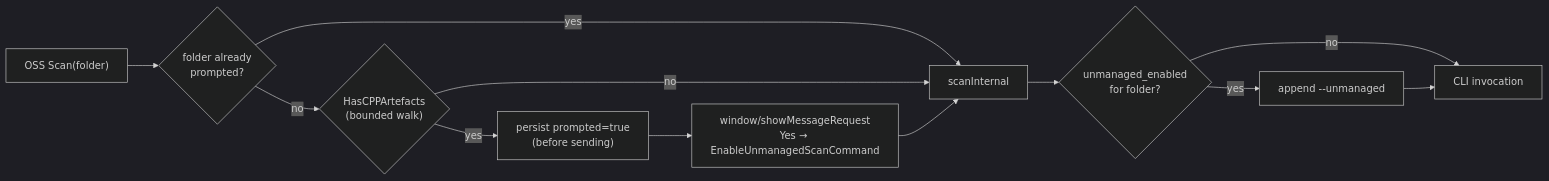
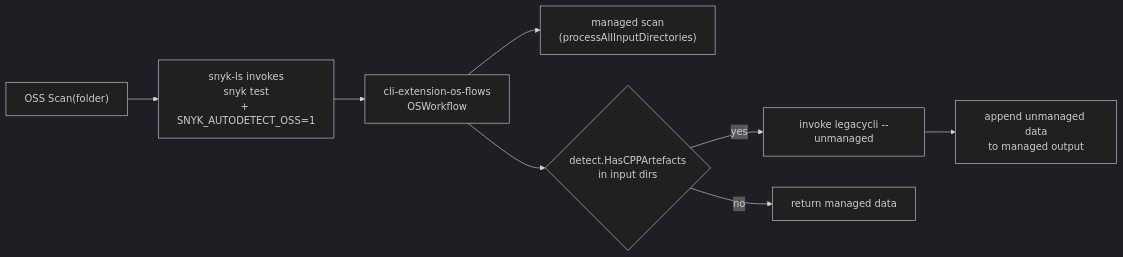
One commit to snyk/snyk-ls changed the second of 2 diagrams in docs/requirements/architecture.md. Above: the diagram before and after it, drawn with Mermaid (dark theme). The commit also changed other lines of this file and 22 other files, not shown here.

````diff
--- a/docs/requirements/architecture.md
+++ b/docs/requirements/architecture.md
@@ -28,14 +27,10 @@
 ```mermaid
 flowchart LR
-    A["OSS Scan(folder)"] --> B{"folder already<br/>prompted?"}
-    B -->|yes| F["scanInternal"]
-    B -->|no| C{"HasCPPArtefacts<br/>(bounded walk)"}
-    C -->|no| F
-    C -->|yes| D["persist prompted=true<br/>(before sending)"]
-    D --> E["window/showMessageRequest<br/>Yes → EnableUnmanagedScanCommand"]
-    E --> F
-    F --> G{"unmanaged_enabled<br/>for folder?"}
-    G -->|yes| H["append --unmanaged"]
-    G -->|no| I["CLI invocation"]
-    H --> I
+    A["OSS Scan(folder)"] --> B["snyk-ls invokes\nsnyk test\n+ SNYK_AUTODETECT_OSS=1"]
+    B --> C["cli-extension-os-flows\nOSWorkflow"]
+    C --> D["managed scan\n(processAllInputDirectories)"]
+    C --> E{"detect.HasCPPArtefacts\nin input dirs"}
+    E -->|yes| F["invoke legacycli --unmanaged"]
+    E -->|no| G["return managed data"]
+    F --> H["append unmanaged data\nto managed output"]
 ```
````
